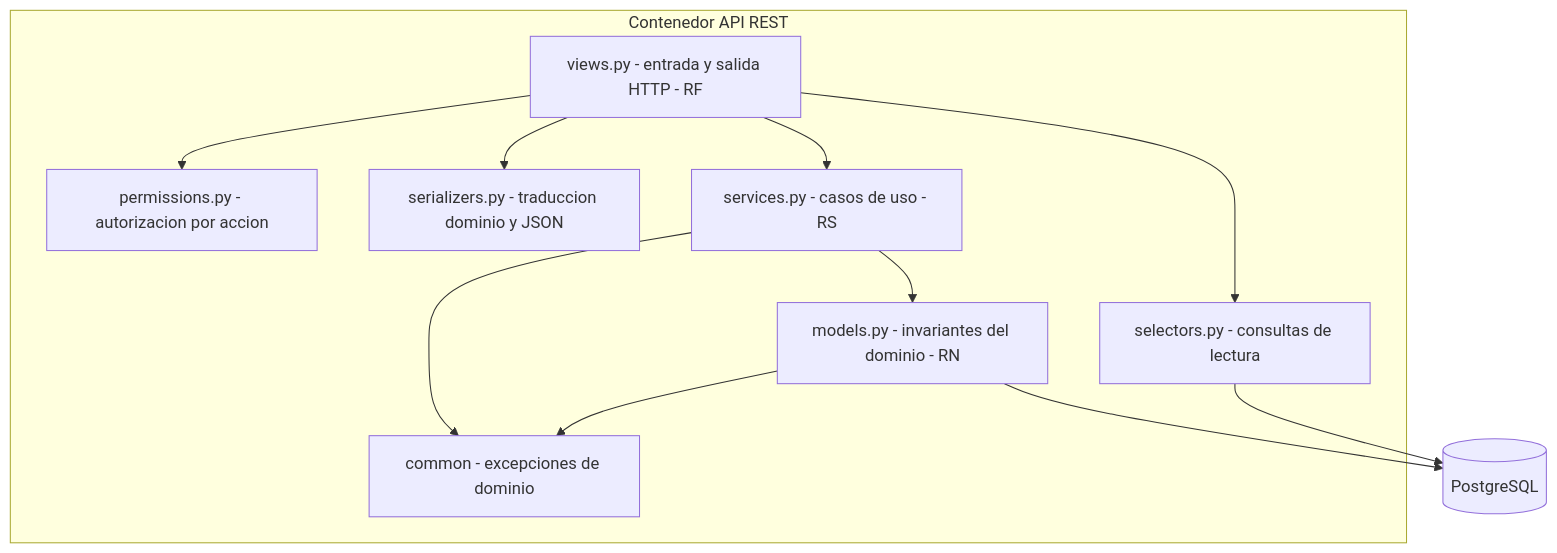
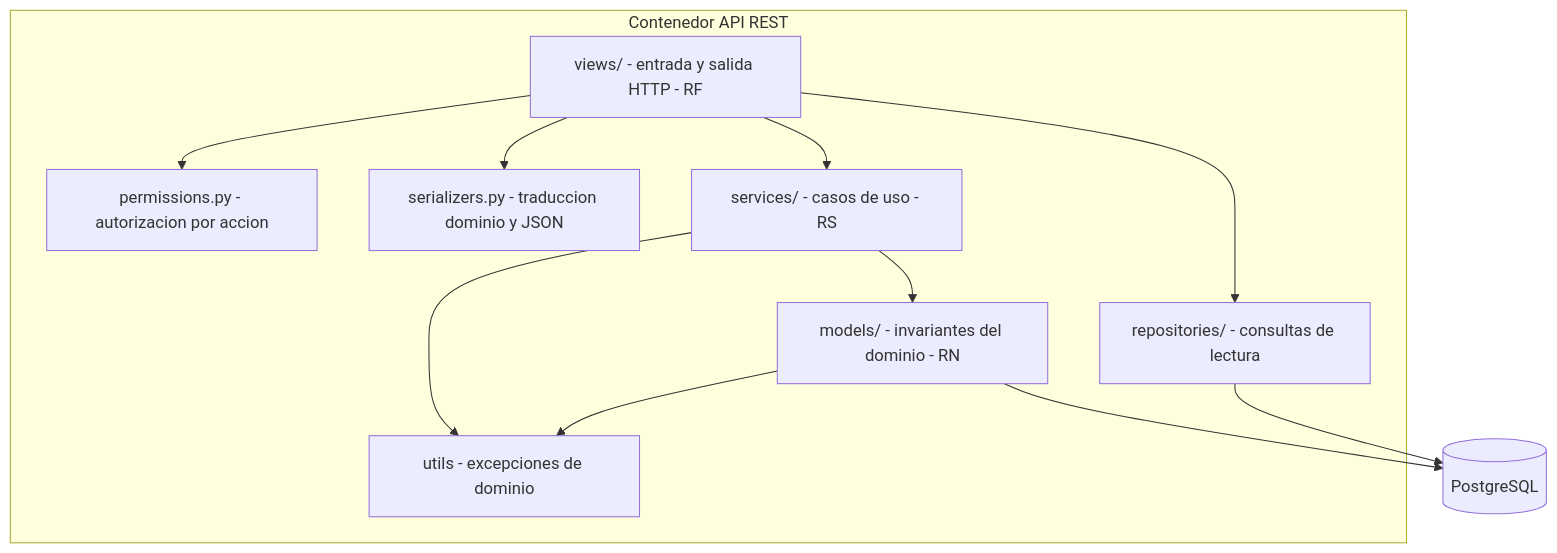
The third of 6 diagrams in docs/model-c4/ARQ-03_Modelo_C4.md (adlerOmonte1/LogisticaMinera), drawn with Mermaid before and after one commit. The commit also changed other lines of this file and 14 other files, not shown here.

````diff
--- a/docs/model-c4/ARQ-03_Modelo_C4.md
+++ b/docs/model-c4/ARQ-03_Modelo_C4.md
@@ -155,23 +155,23 @@
 ```mermaid
 flowchart TB
     subgraph APIC["Contenedor API REST"]
-        V["views.py - entrada y salida HTTP - RF"]
+        V["views/ - entrada y salida HTTP - RF"]
         PE["permissions.py - autorizacion por accion"]
         SE["serializers.py - traduccion dominio y JSON"]
-        SV["services.py - casos de uso - RS"]
-        SL["selectors.py - consultas de lectura"]
-        MO["models.py - invariantes del dominio - RN"]
-        EX["common - excepciones de dominio"]
+        SV["services/ - casos de uso - RS"]
+        SL["repositories/ - consultas de lectura"]
+        MO["models/ - invariantes del dominio - RN"]
+        EX["utils - excepciones de dominio"]
     end
     DB[("PostgreSQL")]
 
     V --> PE
     V --> SE
     V --> SV
     V --> SL
     SV --> MO
     SV --> EX
     MO --> EX
     MO --> DB
     SL --> DB
 ```
````
